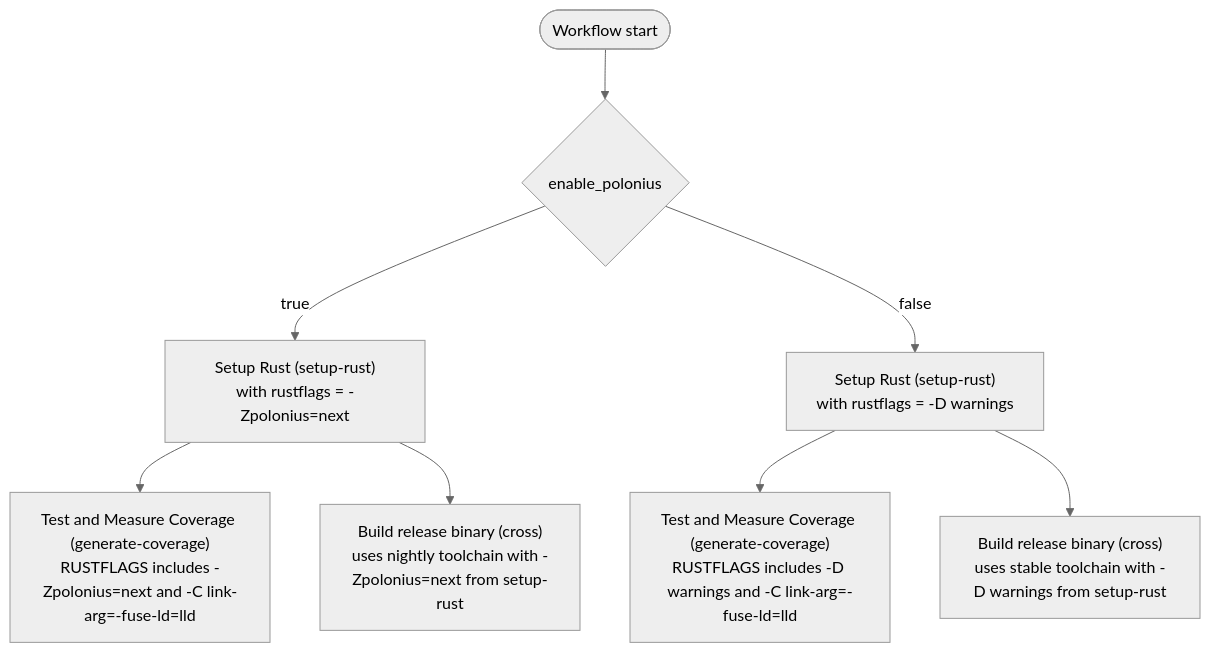
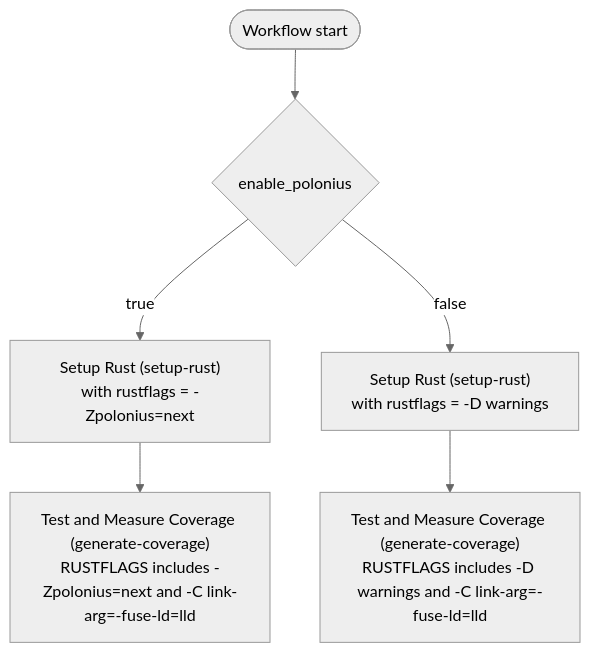
Before and after one commit to leynos/agent-template-rust: the diagram in docs/users-guide.md, drawn with Mermaid (neutral theme). The commit also changed other lines of this file and 8 other files, not shown here.

````diff
--- a/docs/users-guide.md
+++ b/docs/users-guide.md
@@ -78,24 +77,19 @@
 ```mermaid
 flowchart TD
   start([Workflow start])
 
   start --> enable_polonius
 
   enable_polonius{enable_polonius}
   enable_polonius -->|true| setup_rust_polonius
   enable_polonius -->|false| setup_rust_warnings
 
   setup_rust_polonius["Setup Rust (setup-rust)\nwith rustflags = -Zpolonius=next"]
   setup_rust_warnings["Setup Rust (setup-rust)\nwith rustflags = -D warnings"]
 
   setup_rust_polonius --> coverage_polonius
-  setup_rust_polonius --> release_polonius
   setup_rust_warnings --> coverage_warnings
-  setup_rust_warnings --> release_warnings
 
   coverage_polonius["Test and Measure Coverage (generate-coverage)\nRUSTFLAGS includes -Zpolonius=next and -C link-arg=-fuse-ld=lld"]
   coverage_warnings["Test and Measure Coverage (generate-coverage)\nRUSTFLAGS includes -D warnings and -C link-arg=-fuse-ld=lld"]
-
-  release_polonius["Build release binary (cross)\nuses nightly toolchain with -Zpolonius=next from setup-rust"]
-  release_warnings["Build release binary (cross)\nuses stable toolchain with -D warnings from setup-rust"]
 ```
````
